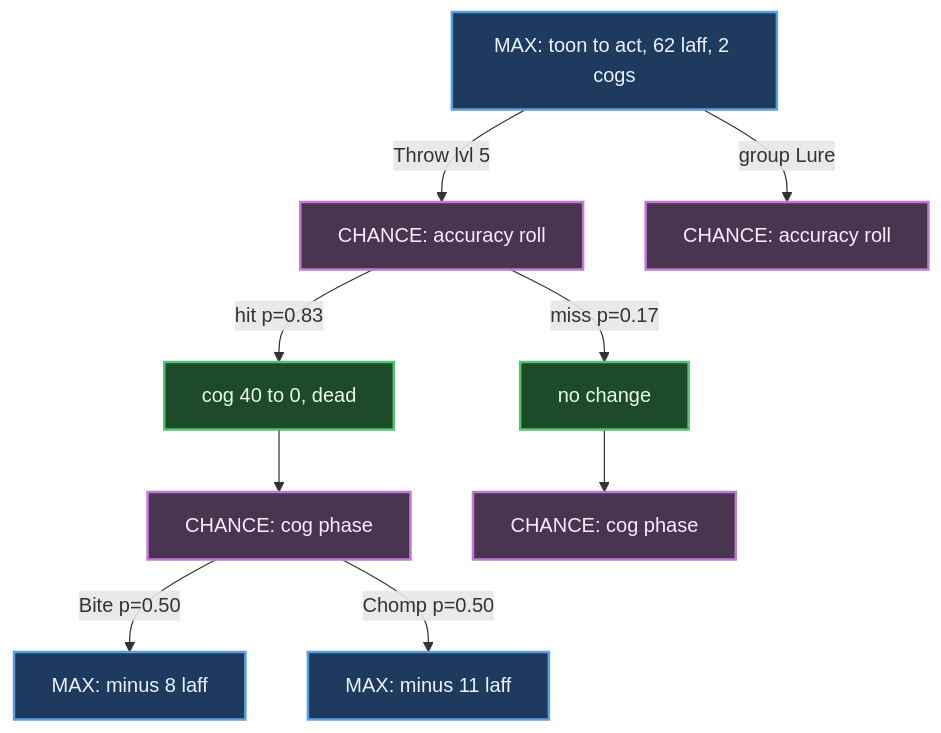
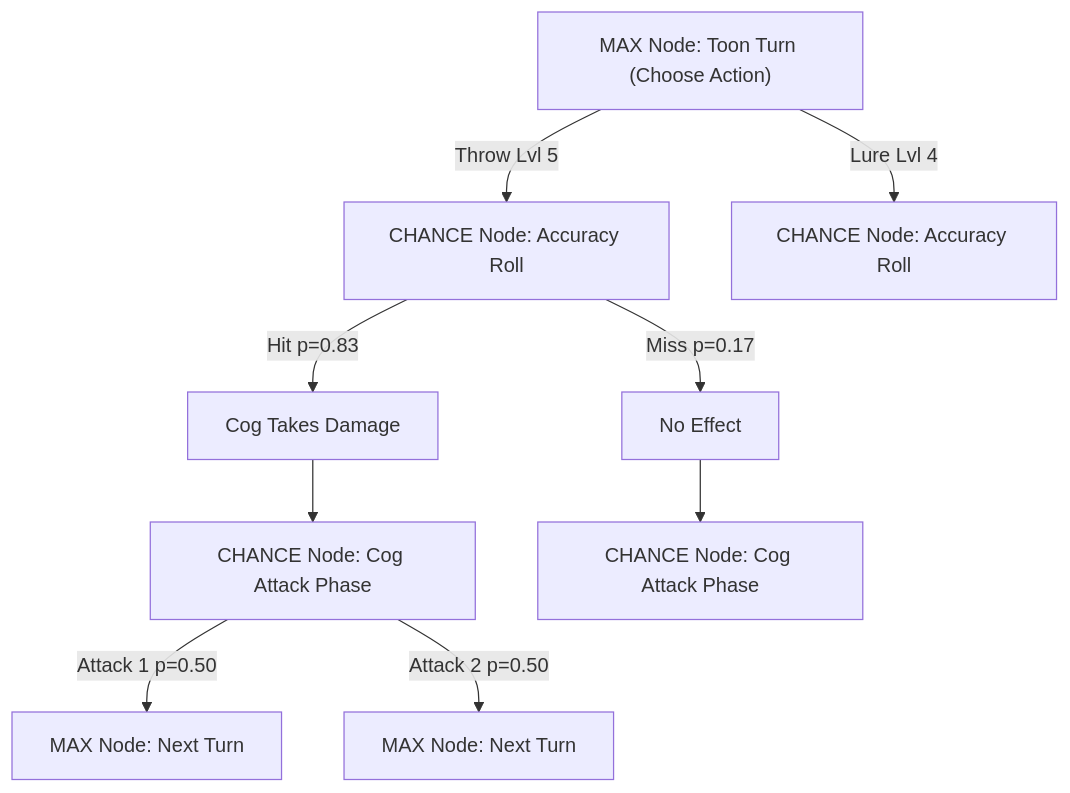
The second of 3 diagrams in README.md (Angle-Brackets/TTRSolver), drawn with Mermaid before and after one commit. The commit also changed other lines of this file and 6 other files, not shown here.

````diff
--- a/README.md
+++ b/README.md
@@ -123,22 +178,12 @@
 ```mermaid
 flowchart TD
-    S[MAX: toon to act, 62 laff, 2 cogs]
-    S -->|Throw lvl 5| A[CHANCE: accuracy roll]
-    S -->|group Lure| B[CHANCE: accuracy roll]
-    A -->|hit p=0.83| A1[cog 40 to 0, dead]
-    A -->|miss p=0.17| A2[no change]
-    A1 --> D[CHANCE: cog phase]
-    A2 --> E[CHANCE: cog phase]
-    D -->|Bite p=0.50| D1[MAX: minus 8 laff]
-    D -->|Chomp p=0.50| D2[MAX: minus 11 laff]
-
-    classDef pos fill:#1e3a5f,stroke:#5aa0e0,stroke-width:2px,color:#eaf3fc
-    classDef search fill:#3b2d58,stroke:#a394ee,stroke-width:2px,color:#f1ecfd
-    classDef policy fill:#0e4a43,stroke:#33c4b2,stroke-width:2px,color:#e4fbf8
-    classDef score fill:#59401d,stroke:#eaa94d,stroke-width:2px,color:#fdf2e2
-    classDef result fill:#1d4a29,stroke:#4fc36d,stroke-width:2px,color:#e8faed
-    classDef chance fill:#4a3550,stroke:#c07ad6,stroke-width:2px,color:#f9ecfc
-    class S,D1,D2 pos
-    class A,B,D,E chance
-    class A1,A2 result
+    S["MAX Node: Toon Turn (Choose Action)"]
+    S -->|Throw Lvl 5| A["CHANCE Node: Accuracy Roll"]
+    S -->|Lure Lvl 4| B["CHANCE Node: Accuracy Roll"]
+    A -->|Hit p=0.83| A1[Cog Takes Damage]
+    A -->|Miss p=0.17| A2[No Effect]
+    A1 --> D["CHANCE Node: Cog Attack Phase"]
+    A2 --> E["CHANCE Node: Cog Attack Phase"]
+    D -->|Attack 1 p=0.50| D1["MAX Node: Next Turn"]
+    D -->|Attack 2 p=0.50| D2["MAX Node: Next Turn"]
 ```
````
